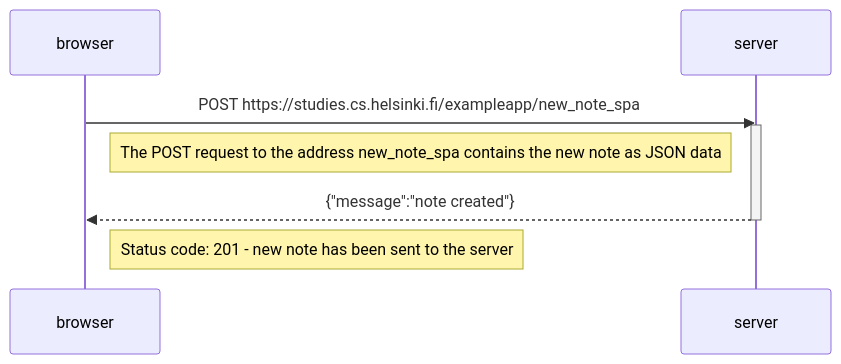
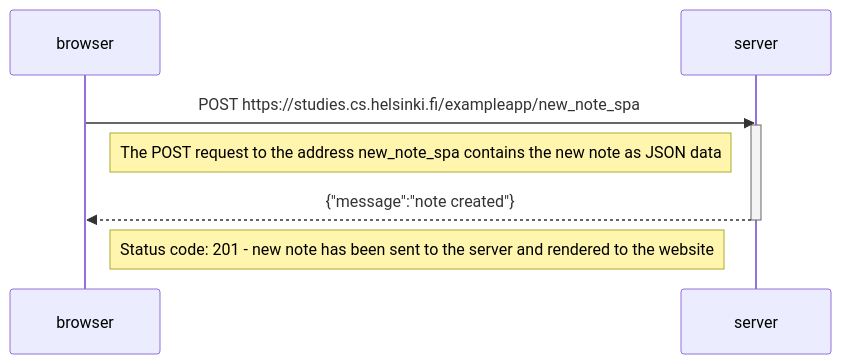
One commit to pkrzekotowski/Full-Stack-Open-by-University-of-Helsinki changed the diagram in part0/exercise0.6.md. Above: the diagram before and after it, drawn with Mermaid.

````diff
--- a/part0/exercise0.6.md
+++ b/part0/exercise0.6.md
@@ -1,15 +1,15 @@
 ```mermaid
 sequenceDiagram
     participant browser
     participant server
 
     browser->>server: POST https://studies.cs.helsinki.fi/exampleapp/new_note_spa
     activate server
 
     Note left of server: The POST request to the address new_note_spa contains the new note as JSON data
 
     server-->>browser: {"message":"note created"}
     deactivate server
 
-    Note right of browser: Status code: 201 - new note has been sent to the server
+    Note right of browser: Status code: 201 - new note has been sent to the server and rendered to the website
 ```
````
